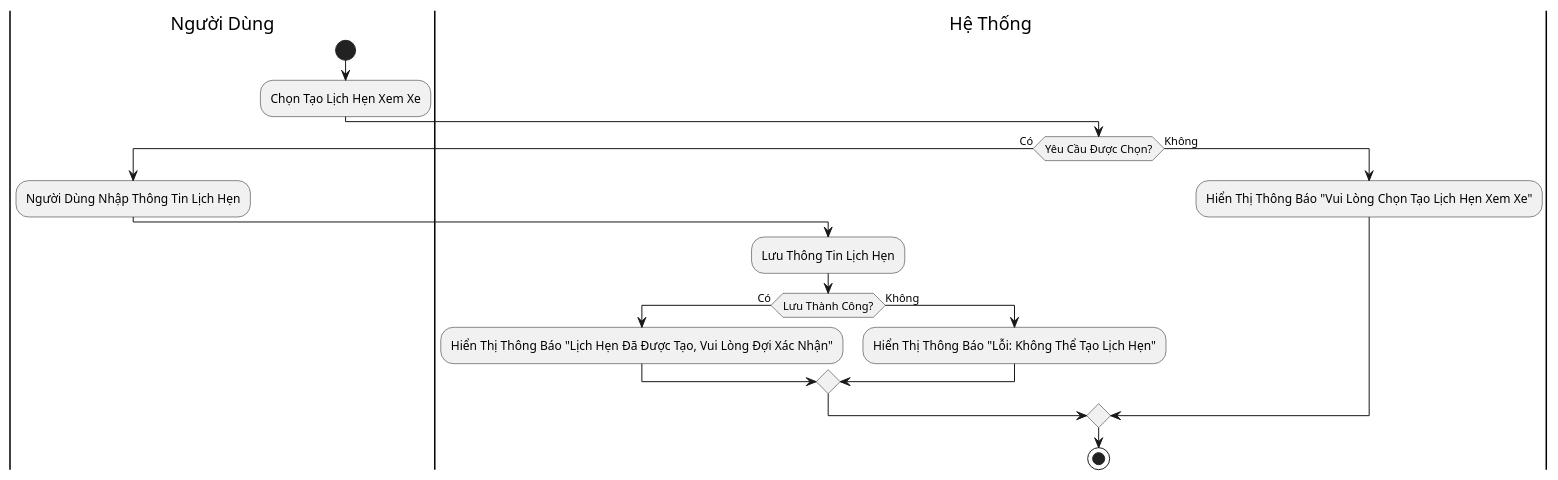
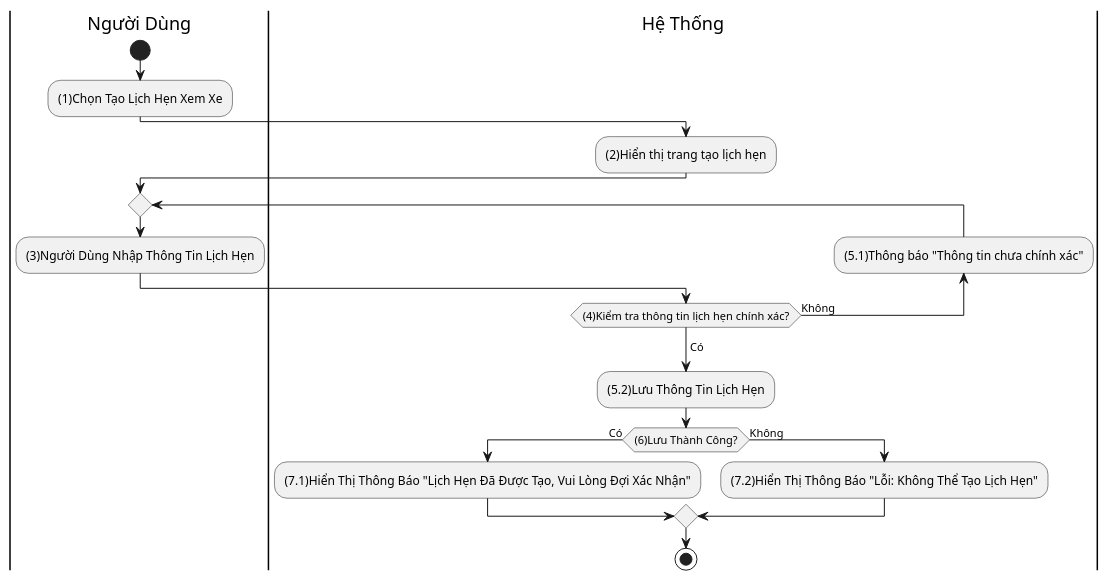
One commit to phutuctran/SE357-Pratice-class changed the diagram in Lab1/Lab1.2/Activity/UC3.AC1 Tạo lịch hẹn.plantuml. Above: the diagram before and after it, drawn with PlantUML. The commit also changed 175 other files, not shown here.

```diff
--- a/Lab1/Lab1.2/Activity/UC3.AC1 Tạo lịch hẹn.plantuml
+++ b/Lab1/Lab1.2/Activity/UC3.AC1 Tạo lịch hẹn.plantuml
@@ -1,21 +1,21 @@
 @startuml
 |Người Dùng|
 start
-:Chọn Tạo Lịch Hẹn Xem Xe;
+:(1)Chọn Tạo Lịch Hẹn Xem Xe;
 |Hệ Thống|
-if (Yêu Cầu Được Chọn?) then (Có)
-  |Người Dùng|
-  :Người Dùng Nhập Thông Tin Lịch Hẹn;
+:(2)Hiển thị trang tạo lịch hẹn;
+|Người Dùng|
+repeat 
+  :(3)Người Dùng Nhập Thông Tin Lịch Hẹn;
   |Hệ Thống|
-  :Lưu Thông Tin Lịch Hẹn;
-  if (Lưu Thành Công?) then (Có)
-    :Hiển Thị Thông Báo "Lịch Hẹn Đã Được Tạo, Vui Lòng Đợi Xác Nhận";
+  backward :(5.1)Thông báo "Thông tin chưa chính xác";
+  repeat while ((4)Kiểm tra thông tin lịch hẹn chính xác?) is (Không)
+  -> Có;
+  :(5.2)Lưu Thông Tin Lịch Hẹn;
+  if ((6)Lưu Thành Công?) then (Có)
+    :(7.1)Hiển Thị Thông Báo "Lịch Hẹn Đã Được Tạo, Vui Lòng Đợi Xác Nhận";
   else (Không)
-    :Hiển Thị Thông Báo "Lỗi: Không Thể Tạo Lịch Hẹn";
+   :(7.2)Hiển Thị Thông Báo "Lỗi: Không Thể Tạo Lịch Hẹn";
   endif
-  |Hệ Thống|
-else (Không)
-  :Hiển Thị Thông Báo "Vui Lòng Chọn Tạo Lịch Hẹn Xem Xe";
-endif
-stop
+  stop
 @enduml
```
